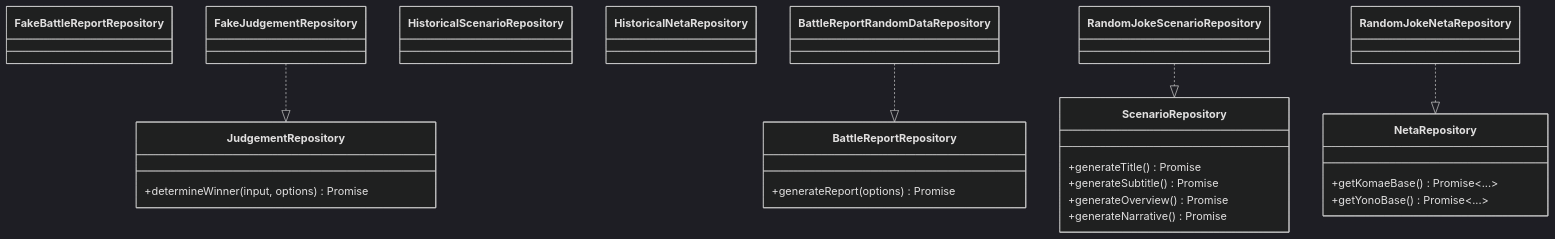
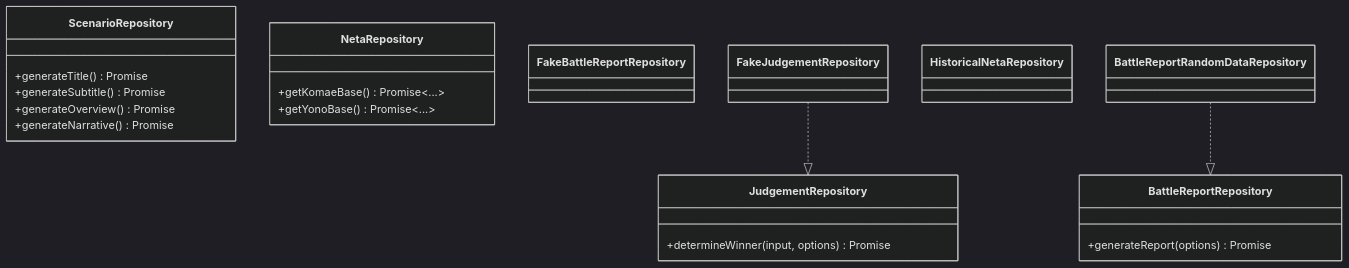
One commit to F88/yonokomae changed the third of 3 diagrams in docs/DEVELOPMENT_JA.md. Above: the diagram before and after it, drawn with Mermaid (dark theme). The commit also changed 5 other files, not shown here.

````diff
--- a/docs/DEVELOPMENT_JA.md
+++ b/docs/DEVELOPMENT_JA.md
@@ -144,28 +144,26 @@
 ```mermaid
 classDiagram
   class BattleReportRepository {
     +generateReport(options) Promise<Battle>
   }
   class JudgementRepository {
     +determineWinner(input, options) Promise<Verdict>
   }
   class ScenarioRepository {
     +generateTitle() Promise<string>
     +generateSubtitle() Promise<string>
     +generateOverview() Promise<string>
     +generateNarrative() Promise<string>
   }
   class NetaRepository {
     +getKomaeBase() Promise<...>
     +getYonoBase() Promise<...>
   }
   class FakeBattleReportRepository
   class FakeJudgementRepository
-  class HistoricalScenarioRepository
   class HistoricalNetaRepository
 
   BattleReportRandomDataRepository ..|> BattleReportRepository
   FakeJudgementRepository ..|> JudgementRepository
-  RandomJokeScenarioRepository ..|> ScenarioRepository
-  RandomJokeNetaRepository ..|> NetaRepository
+    %% NetaRepository は現在、random-data seeds をヘルパ関数経由で供給
 ```
````
